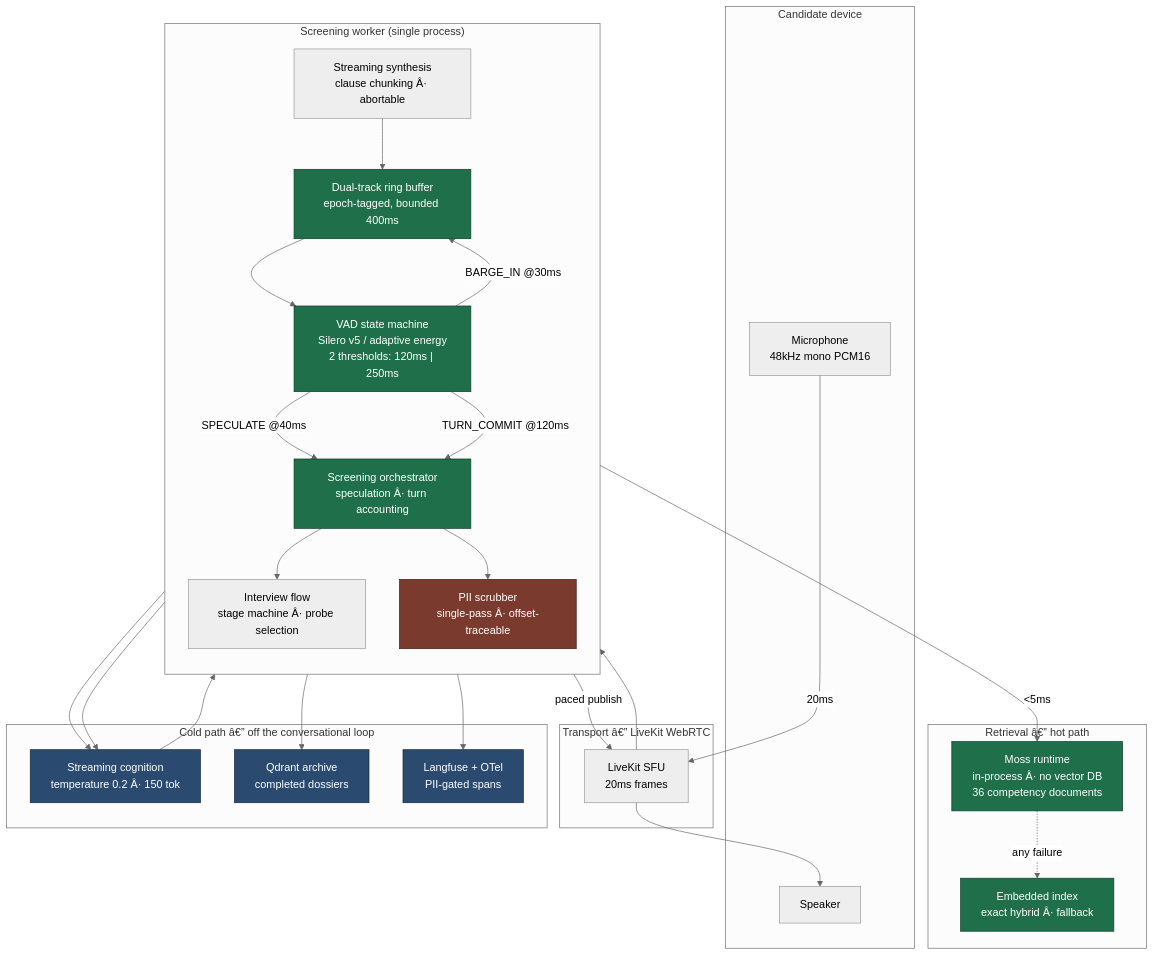
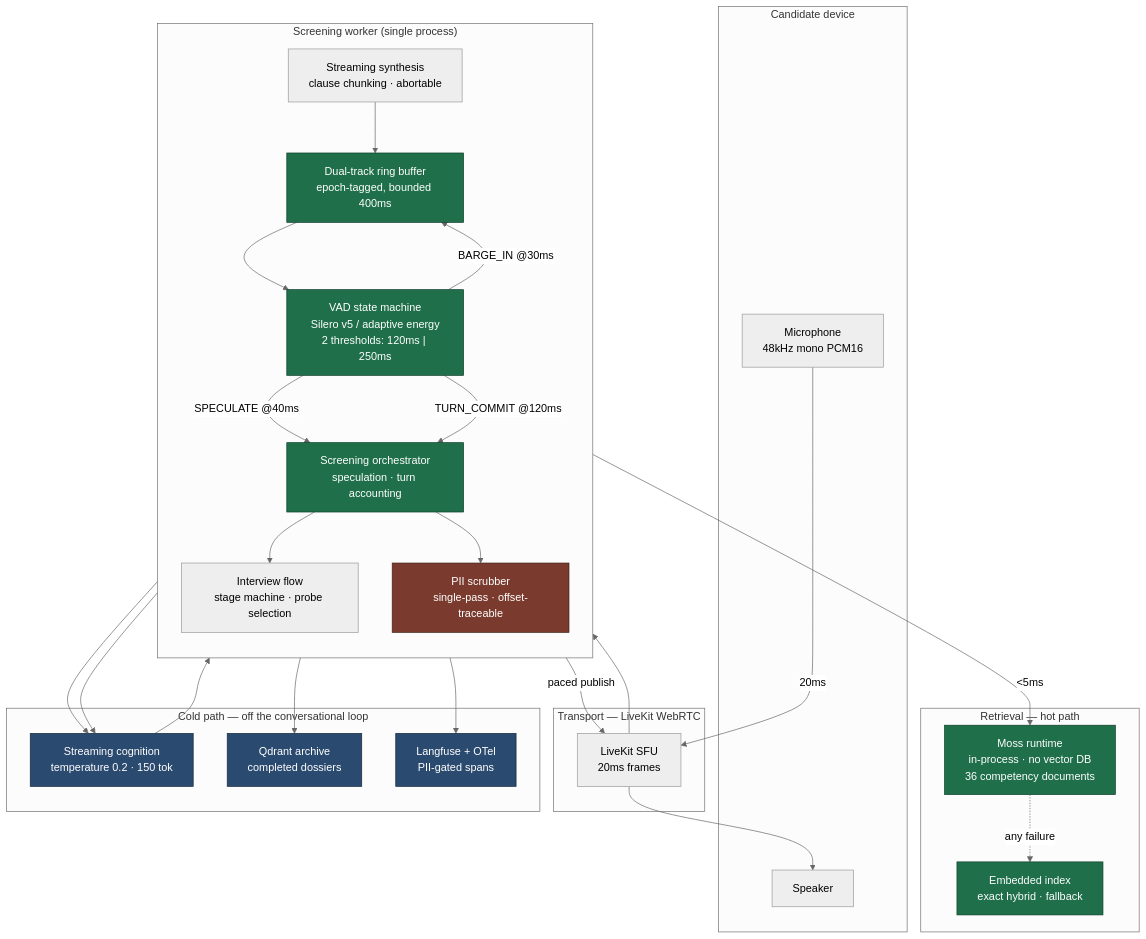
The first of 8 diagrams in docs/ARCHITECTURE.md (Oruwe/HR_agent), drawn with Mermaid (neutral theme) before and after one commit. The commit also changed other lines of this file and 1 other file, not shown here.

First line of the commit message:
Fix mojibake in README and ARCHITECTURE.md

````diff
--- a/docs/ARCHITECTURE.md
+++ b/docs/ARCHITECTURE.md
@@ -9,56 +9,56 @@
 ```mermaid
 flowchart TB
     subgraph EDGE["Candidate device"]
         MIC["Microphone<br/>48kHz mono PCM16"]
         SPK["Speaker"]
     end
 
-    subgraph TRANSPORT["Transport â€” LiveKit WebRTC"]
+    subgraph TRANSPORT["Transport — LiveKit WebRTC"]
         SFU["LiveKit SFU<br/>20ms frames"]
     end
 
     subgraph WORKER["Screening worker (single process)"]
         direction TB
         RING["Dual-track ring buffer<br/>epoch-tagged, bounded 400ms"]
         VAD["VAD state machine<br/>Silero v5 / adaptive energy<br/>2 thresholds: 120ms | 250ms"]
-        ORCH["Screening orchestrator<br/>speculation Â· turn accounting"]
-        FLOW["Interview flow<br/>stage machine Â· probe selection"]
-        SYNTH["Streaming synthesis<br/>clause chunking Â· abortable"]
-        SCRUB["PII scrubber<br/>single-pass Â· offset-traceable"]
+        ORCH["Screening orchestrator<br/>speculation · turn accounting"]
+        FLOW["Interview flow<br/>stage machine · probe selection"]
+        SYNTH["Streaming synthesis<br/>clause chunking · abortable"]
+        SCRUB["PII scrubber<br/>single-pass · offset-traceable"]
     end
 
-    subgraph RETRIEVAL["Retrieval â€” hot path"]
-        MOSS["Moss runtime<br/>in-process Â· no vector DB<br/>36 competency documents"]
-        FALLBACK["Embedded index<br/>exact hybrid Â· fallback"]
+    subgraph RETRIEVAL["Retrieval — hot path"]
+        MOSS["Moss runtime<br/>in-process · no vector DB<br/>36 competency documents"]
+        FALLBACK["Embedded index<br/>exact hybrid · fallback"]
     end
 
-    subgraph COLD["Cold path â€” off the conversational loop"]
-        COG["Streaming cognition<br/>temperature 0.2 Â· 150 tok"]
+    subgraph COLD["Cold path — off the conversational loop"]
+        COG["Streaming cognition<br/>temperature 0.2 · 150 tok"]
         QDRANT["Qdrant archive<br/>completed dossiers"]
         TRACE["Langfuse + OTel<br/>PII-gated spans"]
     end
 
     MIC -->|"20ms"| SFU --> RING --> VAD
     VAD -->|"SPECULATE @40ms"| ORCH
     VAD -->|"TURN_COMMIT @120ms"| ORCH
     VAD -->|"BARGE_IN @30ms"| RING
 
     ORCH -->|"&lt;5ms"| MOSS
     MOSS -.->|"any failure"| FALLBACK
     ORCH --> FLOW
     ORCH --> COG
     COG --> SYNTH --> RING
     RING -->|"paced publish"| SFU --> SPK
 
     ORCH --> SCRUB
     SCRUB --> COG
     SCRUB --> QDRANT
     SCRUB --> TRACE
 
     classDef hot fill:#1f6f4a,stroke:#0d3d28,color:#fff
     classDef cold fill:#2b4a6f,stroke:#16283d,color:#fff
     classDef sec fill:#7a3b2e,stroke:#40201a,color:#fff
     class MOSS,FALLBACK,VAD,RING,ORCH hot
     class COG,QDRANT,TRACE cold
     class SCRUB sec
 ```
````
